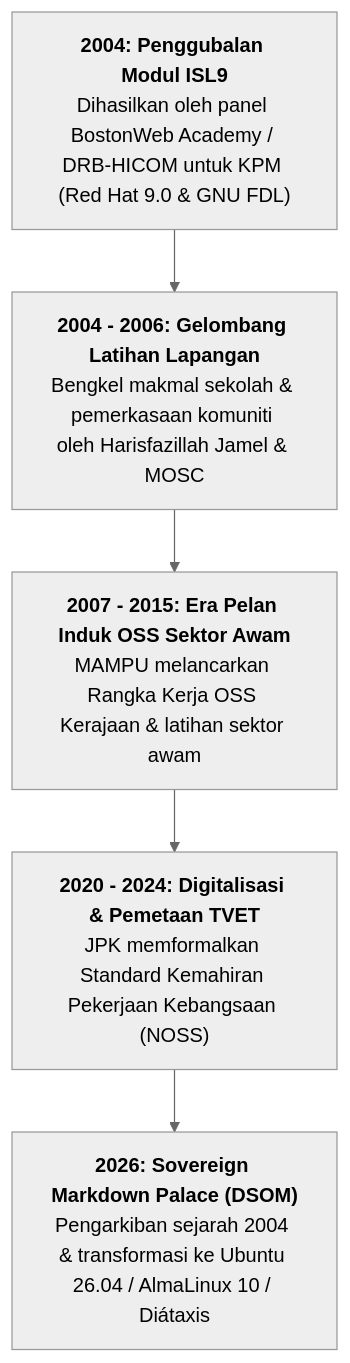
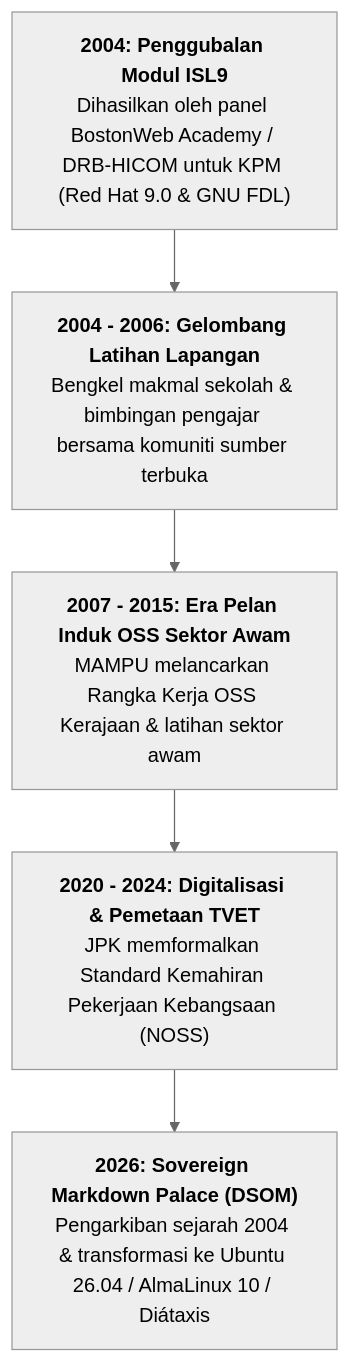
The diagram in docs/explanation/sejarah-dokumen-asal-linux-kpm.md (linuxmalaysia/all-my-notes-as-linux-sysadmin), drawn with Mermaid (neutral theme) before and after one commit. The commit also changed other lines of this file, not shown here.

````diff
--- a/docs/explanation/sejarah-dokumen-asal-linux-kpm.md
+++ b/docs/explanation/sejarah-dokumen-asal-linux-kpm.md
@@ -54,13 +54,13 @@
 ```mermaid
 graph TD
     Y2004["<b>2004: Penggubalan Modul ISL9</b><br/>Dihasilkan oleh panel BostonWeb Academy / DRB-HICOM untuk KPM (Red Hat 9.0 & GNU FDL)"]
-    Y2006["<b>2004 - 2006: Gelombang Latihan Lapangan</b><br/>Bengkel makmal sekolah & pemerkasaan komuniti oleh Harisfazillah Jamel & MOSC"]
+    Y2006["<b>2004 - 2006: Gelombang Latihan Lapangan</b><br/>Bengkel makmal sekolah & bimbingan pengajar bersama komuniti sumber terbuka"]
     Y2015["<b>2007 - 2015: Era Pelan Induk OSS Sektor Awam</b><br/>MAMPU melancarkan Rangka Kerja OSS Kerajaan & latihan sektor awam"]
     Y2024["<b>2020 - 2024: Digitalisasi & Pemetaan TVET</b><br/>JPK memformalkan Standard Kemahiran Pekerjaan Kebangsaan (NOSS)"]
     Y2026["<b>2026: Sovereign Markdown Palace (DSOM)</b><br/>Pengarkiban sejarah 2004 & transformasi ke Ubuntu 26.04 / AlmaLinux 10 / Diátaxis"]
 
     Y2004 --> Y2006
     Y2006 --> Y2015
     Y2015 --> Y2024
     Y2024 --> Y2026
 ```
````
